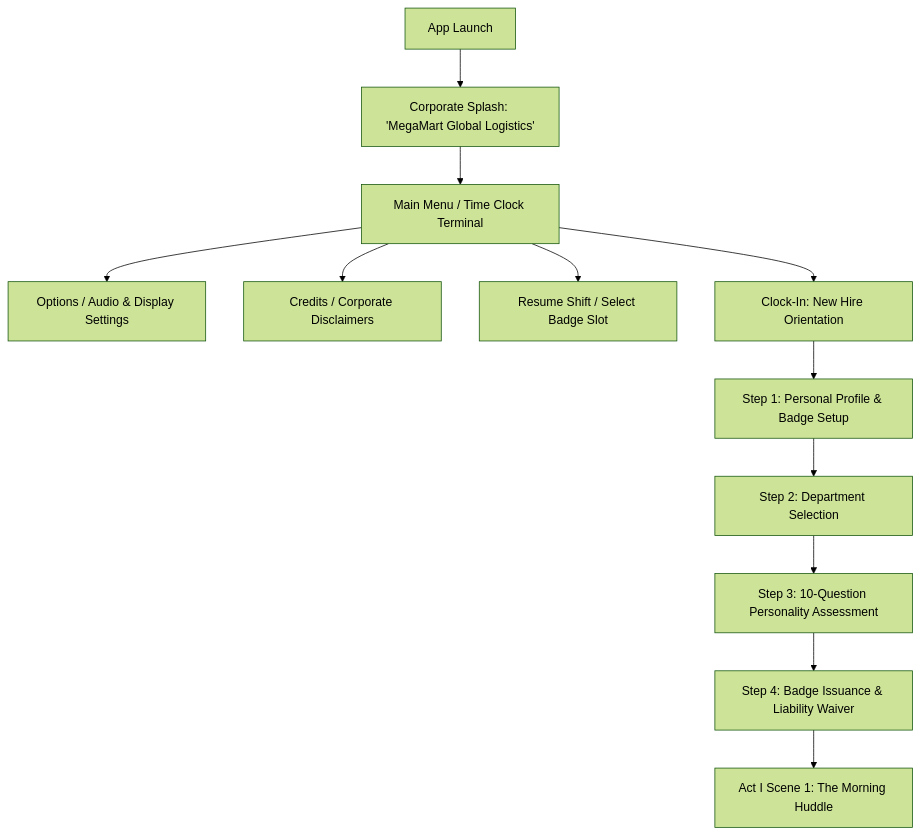
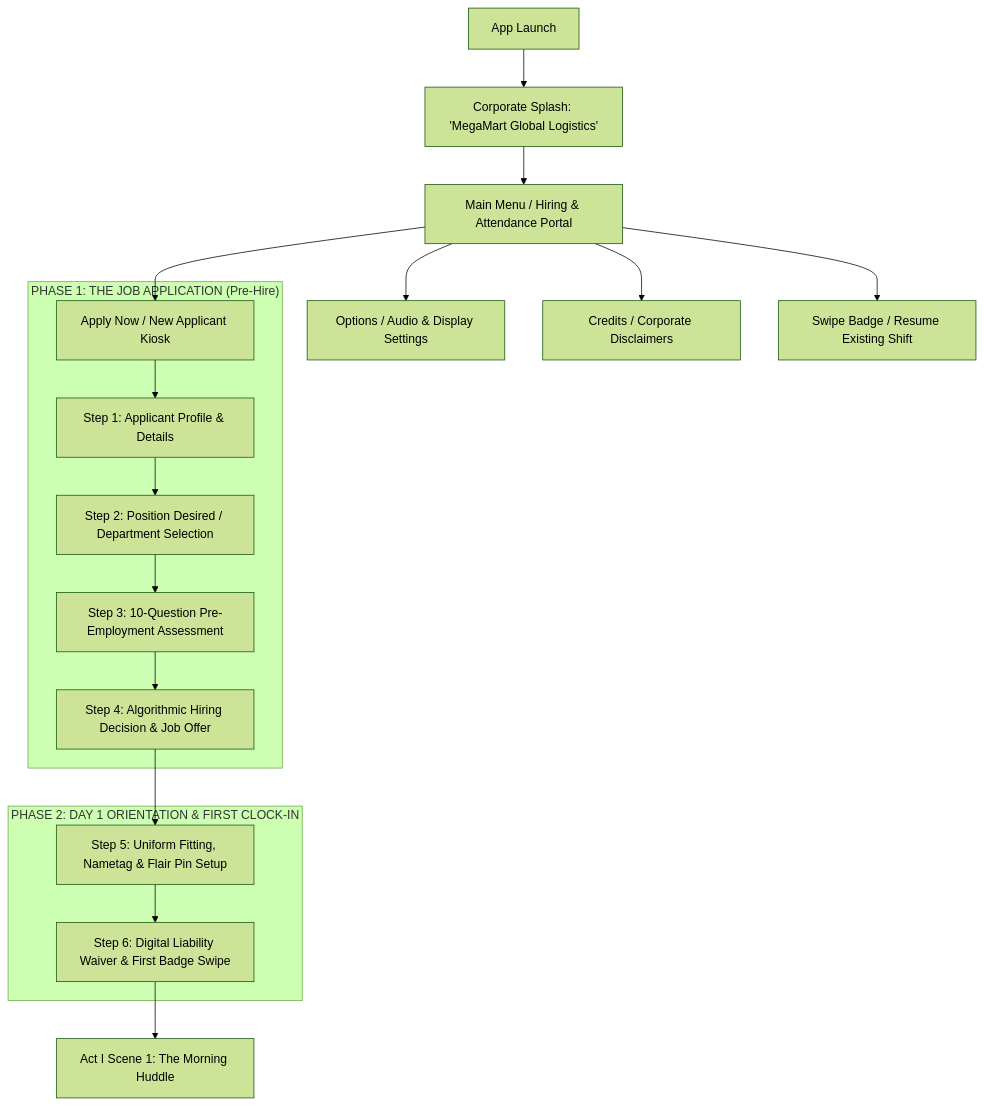
One commit to Todd0042/superstore-saga changed the first of 3 diagrams in OVERALL_DESIGN.md. Above: the diagram before and after it, drawn with Mermaid (forest theme). The commit also changed other lines of this file, not shown here.

Commit message:
docs: restructure onboarding into pre-employment application assessment and day-1 orientation

````diff
--- a/OVERALL_DESIGN.md
+++ b/OVERALL_DESIGN.md
@@ -33,16 +33,24 @@
 ```mermaid
 flowchart TD
     Launch[App Launch] --> SplashScreen[Corporate Splash: 'MegaMart Global Logistics']
-    SplashScreen --> TitleScreen[Main Menu / Time Clock Terminal]
+    SplashScreen --> TitleScreen[Main Menu / Hiring & Attendance Portal]
     
     TitleScreen --> Options[Options / Audio & Display Settings]
     TitleScreen --> Credits[Credits / Corporate Disclaimers]
-    TitleScreen --> ContinueGame[Resume Shift / Select Badge Slot]
-    TitleScreen --> NewHire[Clock-In: New Hire Orientation]
+    TitleScreen --> ContinueGame[Swipe Badge / Resume Existing Shift]
+    TitleScreen --> Apply[Apply Now / New Applicant Kiosk]
 
-    NewHire --> AppForm[Step 1: Personal Profile & Badge Setup]
-    AppForm --> DeptSelect[Step 2: Department Selection]
-    DeptSelect --> Assessment[Step 3: 10-Question Personality Assessment]
-    Assessment --> BadgePrint[Step 4: Badge Issuance & Liability Waiver]
-    BadgePrint --> Act1Scene1[Act I Scene 1: The Morning Huddle]
+    subgraph Phase1["PHASE 1: THE JOB APPLICATION (Pre-Hire)"]
+        Apply --> Step1[Step 1: Applicant Profile & Details]
+        Step1 --> Step2[Step 2: Position Desired / Department Selection]
+        Step2 --> Step3[Step 3: 10-Question Pre-Employment Assessment]
+        Step3 --> Step4[Step 4: Algorithmic Hiring Decision & Job Offer]
+    end
+
+    subgraph Phase2["PHASE 2: DAY 1 ORIENTATION & FIRST CLOCK-IN"]
+        Step4 --> Step5[Step 5: Uniform Fitting, Nametag & Flair Pin Setup]
+        Step5 --> Step6[Step 6: Digital Liability Waiver & First Badge Swipe]
+    end
+
+    Step6 --> Act1Scene1[Act I Scene 1: The Morning Huddle]
 ```
````
